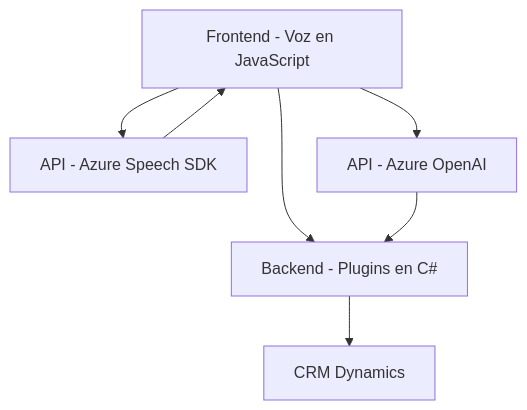
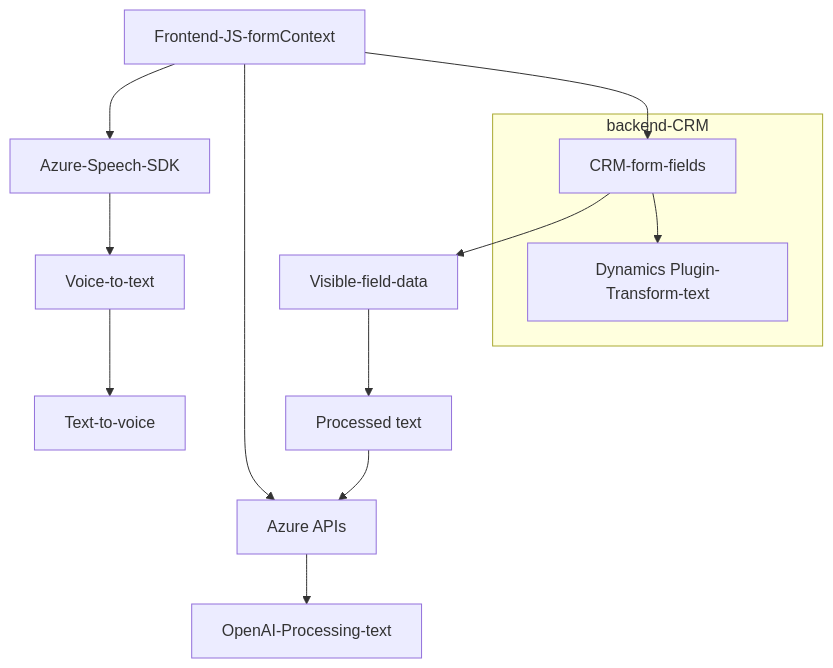
The diagram in README.md (blopezdm/NETCORE_BILBAO2025), drawn with Mermaid before and after one commit. The commit also changed other lines of this file, not shown here.

````diff
--- a/README.md
+++ b/README.md
@@ -36,15 +41,15 @@
 ```mermaid
 graph TD
-    A["Frontend - Voz en JavaScript"]
-    B["Backend - Plugins en C#"]
-    C["API - Azure Speech SDK"]
-    D["API - Azure OpenAI"]
-    E["CRM Dynamics"]
-    
-    A --> C
-    A --> D
-    A --> B
-    B --> E
-    C --> A
-    D --> B
+    A["Frontend-JS-formContext"] --> B["Azure-Speech-SDK"]
+    A --> C["Azure APIs"]
+    A --> D["CRM-form-fields"]
+    B --> E["Voice-to-text"]
+    D --> F["Visible-field-data"]
+    E --> G["Text-to-voice"]
+    F --> H["Processed text"]
+    H --> C
+    C --> I["OpenAI-Processing-text"]
+    subgraph backend-CRM
+        D --> J["Dynamics Plugin-Transform-text"]
+    end
 ```
````
